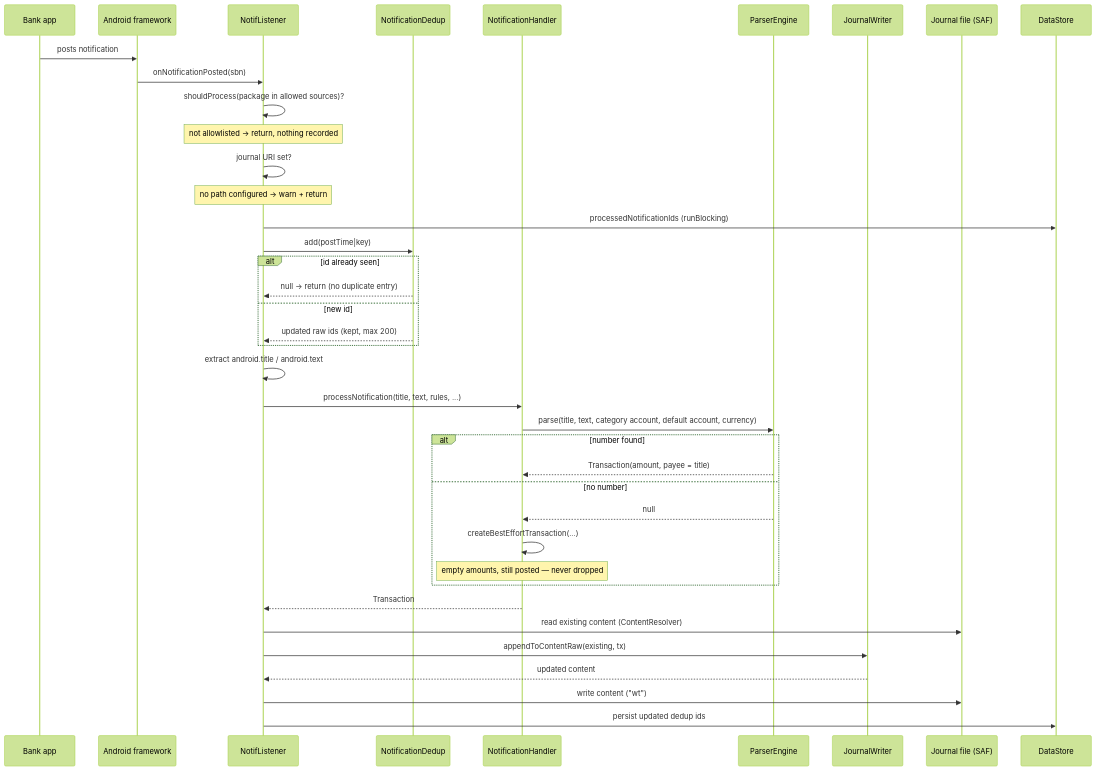
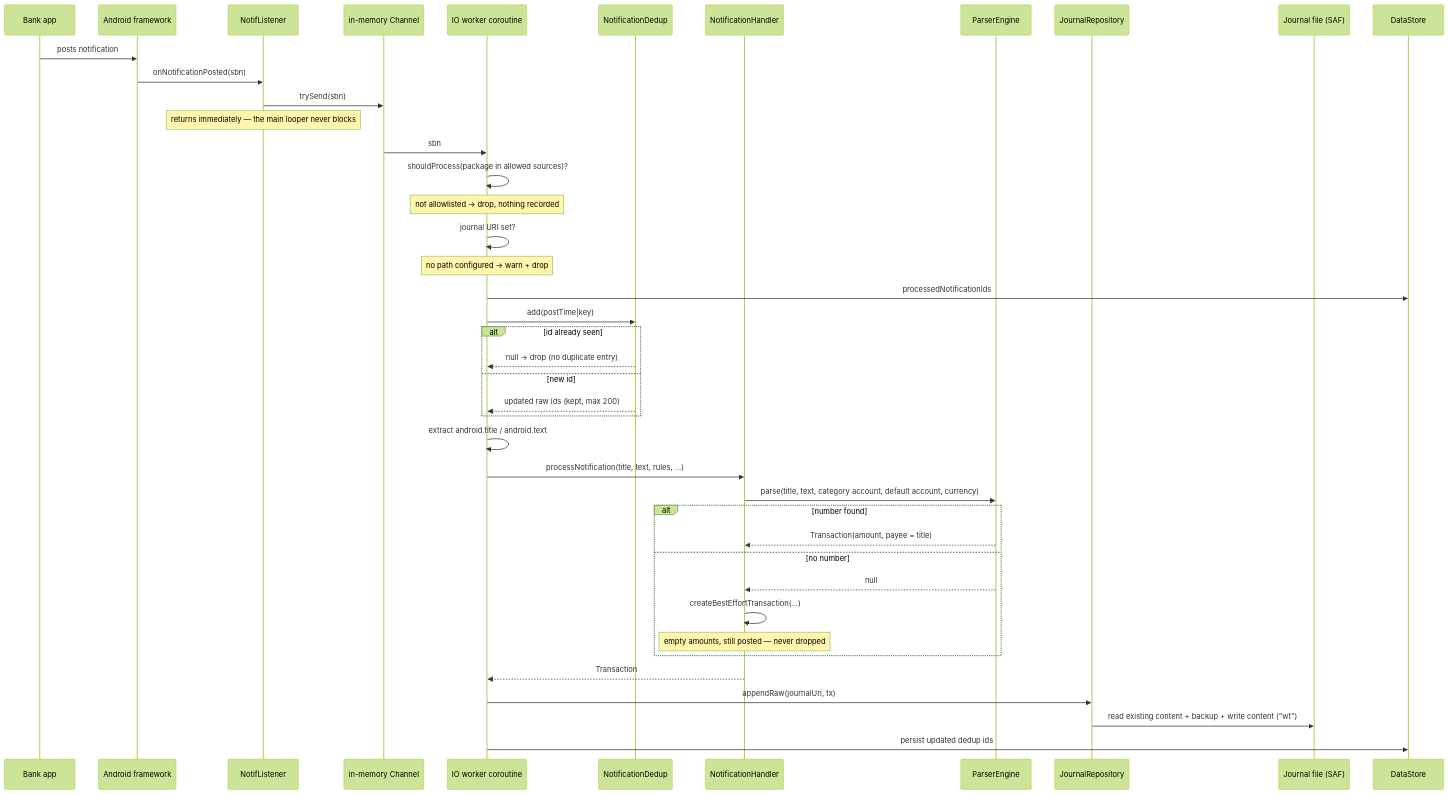
The second of 8 diagrams in docs/architecture.md (ukizet/NotifLedger), drawn with Mermaid (forest theme) before and after one commit. The commit also changed other lines of this file and 23 other files, not shown here.

Commit message:
fix review findings: body-first amounts, repository journal I/O, off-main listener

````diff
--- a/docs/architecture.md
+++ b/docs/architecture.md
@@ -56,47 +61,50 @@
 ```mermaid
 sequenceDiagram
     participant Bank as Bank app
     participant System as Android framework
     participant L as NotifListener
+    participant Q as in-memory Channel
+    participant W as IO worker coroutine
     participant D as NotificationDedup
     participant H as NotificationHandler
     participant P as ParserEngine
-    participant J as JournalWriter
+    participant R as JournalRepository
     participant SAF as Journal file (SAF)
     participant DS as DataStore
 
     Bank->>System: posts notification
     System->>L: onNotificationPosted(sbn)
+    L->>Q: trySend(sbn)
+    Note over L: returns immediately — the main looper never blocks
 
-    L->>L: shouldProcess(package in allowed sources)?
-    Note over L: not allowlisted → return, nothing recorded
+    Q->>W: sbn
+    W->>W: shouldProcess(package in allowed sources)?
+    Note over W: not allowlisted → drop, nothing recorded
 
-    L->>L: journal URI set?
-    Note over L: no path configured → warn + return
+    W->>W: journal URI set?
+    Note over W: no path configured → warn + drop
 
-    L->>DS: processedNotificationIds (runBlocking)
-    L->>D: add(postTime|key)
+    W->>DS: processedNotificationIds
+    W->>D: add(postTime|key)
     alt id already seen
-        D-->>L: null → return (no duplicate entry)
+        D-->>W: null → drop (no duplicate entry)
     else new id
-        D-->>L: updated raw ids (kept, max 200)
+        D-->>W: updated raw ids (kept, max 200)
     end
 
-    L->>L: extract android.title / android.text
-    L->>H: processNotification(title, text, rules, ...)
+    W->>W: extract android.title / android.text
+    W->>H: processNotification(title, text, rules, ...)
     H->>P: parse(title, text, category account, default account, currency)
     alt number found
         P-->>H: Transaction(amount, payee = title)
     else no number
         P-->>H: null
         H->>H: createBestEffortTransaction(...)
         Note over H: empty amounts, still posted — never dropped
     end
-    H-->>L: Transaction
+    H-->>W: Transaction
 
-    L->>SAF: read existing content (ContentResolver)
-    L->>J: appendToContentRaw(existing, tx)
-    J-->>L: updated content
-    L->>SAF: write content ("wt")
-    L->>DS: persist updated dedup ids
+    W->>R: appendRaw(journalUri, tx)
+    R->>SAF: read existing content + backup + write content ("wt")
+    W->>DS: persist updated dedup ids
 ```
````
